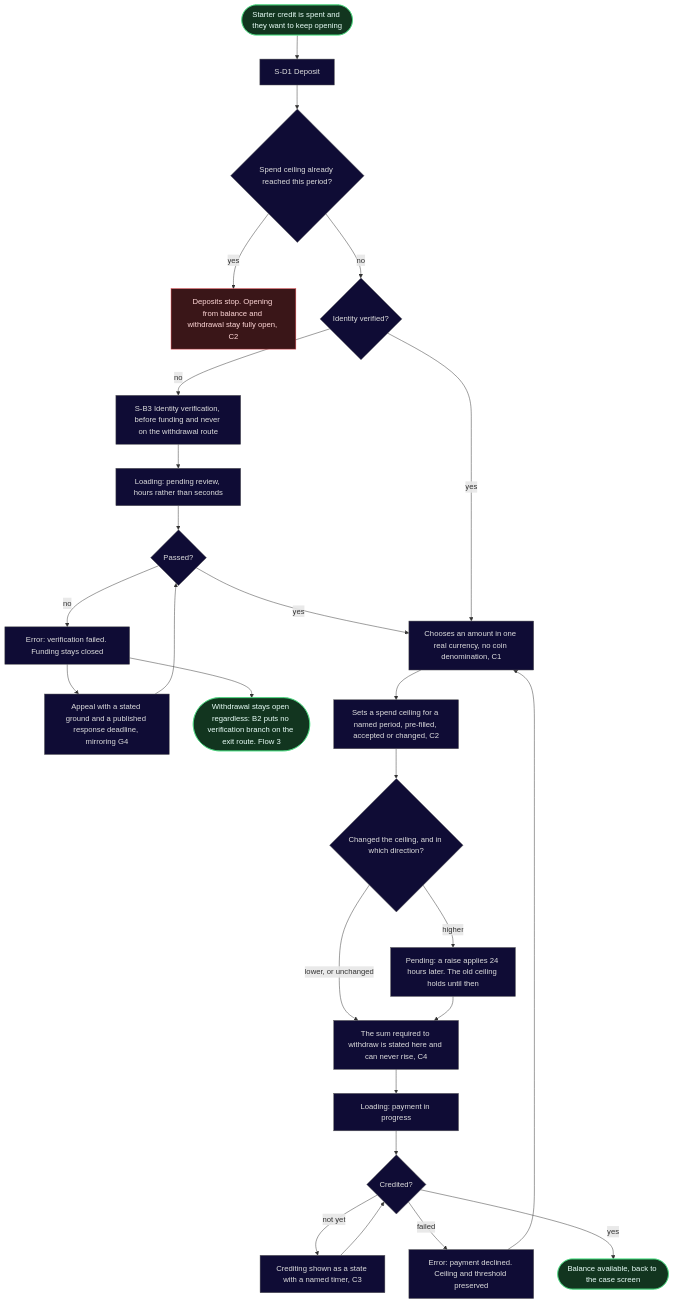
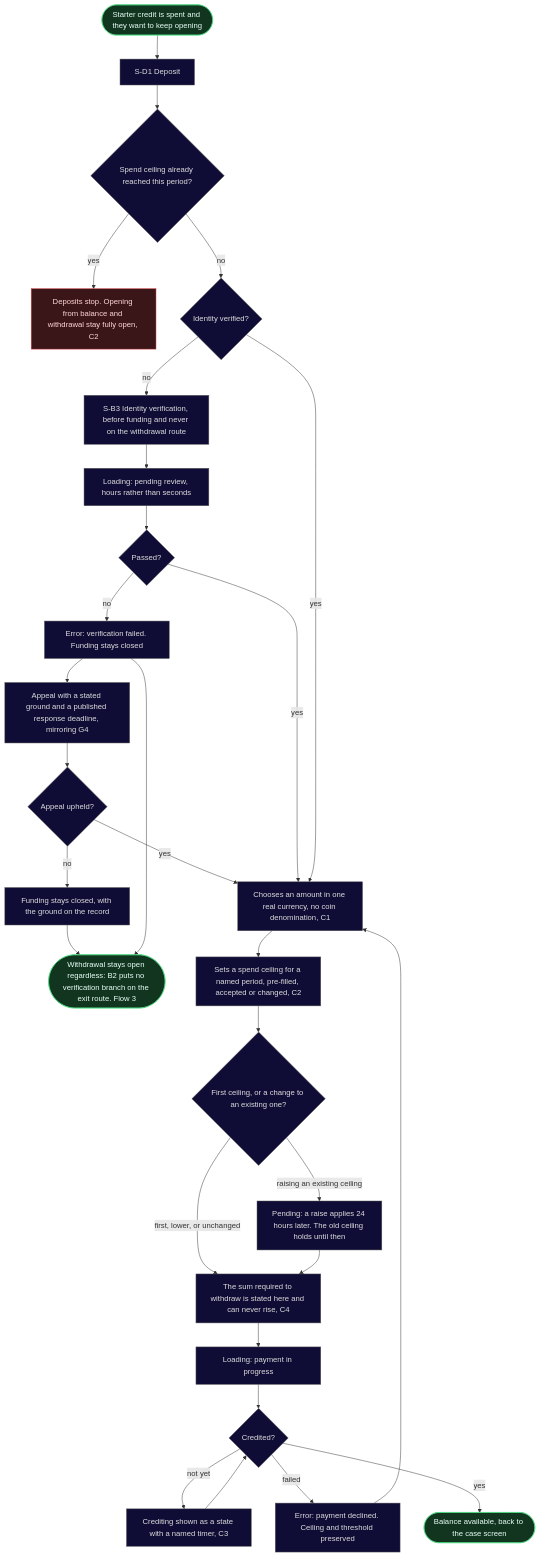
Before and after one commit to sergiodesign4u-dot/cs2-clutch: the third of 6 diagrams in ia/docs/flows.md, drawn with Mermaid. The commit also changed other lines of this file and 4 other files, not shown here.

````diff
--- a/ia/docs/flows.md
+++ b/ia/docs/flows.md
@@ -120,35 +121,38 @@
 ```mermaid
 flowchart TD
     D0(["Starter credit is spent and they want to keep opening"]) --> Dep["S-D1 Deposit"]
     Dep --> Hit{"Spend ceiling already reached this period?"}
     Hit -->|yes| Stop["Deposits stop. Opening from balance and withdrawal stay fully open, C2"]
     Hit -->|no| Ver{"Identity verified?"}
     Ver -->|no| Ident["S-B3 Identity verification, before funding and never on the withdrawal route"]
     Ident --> IdWait["Loading: pending review, hours rather than seconds"]
     IdWait --> IdOk{"Passed?"}
     IdOk -->|no| IdFail["Error: verification failed. Funding stays closed"]
     IdFail --> IdAppeal["Appeal with a stated ground and a published response deadline, mirroring G4"]
-    IdAppeal --> IdOk
+    IdAppeal --> Upheld{"Appeal upheld?"}
+    Upheld -->|yes| Amount
+    Upheld -->|no| Closed2["Funding stays closed, with the ground on the record"]
+    Closed2 --> Exit2
     IdFail --> Exit2(["Withdrawal stays open regardless: B2 puts no verification branch on the exit route. Flow 3"])
     IdOk -->|yes| Amount["Chooses an amount in one real currency, no coin denomination, C1"]
     Ver -->|yes| Amount
     Amount --> Ceiling["Sets a spend ceiling for a named period, pre-filled, accepted or changed, C2"]
-    Ceiling --> Dir{"Changed the ceiling, and in which direction?"}
-    Dir -->|"lower, or unchanged"| Threshold["The sum required to withdraw is stated here and can never rise, C4"]
-    Dir -->|higher| Pending24["Pending: a raise applies 24 hours later. The old ceiling holds until then"]
+    Ceiling --> Dir{"First ceiling, or a change to an existing one?"}
+    Dir -->|"first, lower, or unchanged"| Threshold["The sum required to withdraw is stated here and can never rise, C4"]
+    Dir -->|"raising an existing ceiling"| Pending24["Pending: a raise applies 24 hours later. The old ceiling holds until then"]
     Pending24 --> Threshold
     Threshold --> Pay["Loading: payment in progress"]
     Pay --> Credited{"Credited?"}
     Credited -->|"not yet"| Pending["Crediting shown as a state with a named timer, C3"]
     Pending --> Credited
     Credited -->|failed| PayErr["Error: payment declined. Ceiling and threshold preserved"]
     PayErr --> Amount
     Credited -->|yes| Bal(["Balance available, back to the case screen"])
 
     classDef success fill:#12351f,stroke:#4ade80,color:#eafff9;
     classDef dead fill:#3a1618,stroke:#e5484d,color:#ffd7d7;
     classDef neutral fill:#0f0c35,stroke:#5a5a5a,color:#dddddd;
     class D0,Bal,Exit2 success;
     class Stop dead;
-    class Dep,Hit,Ver,Ident,IdWait,IdOk,IdFail,IdAppeal,Amount,Ceiling,Dir,Pending24,Threshold,Pay,Credited,Pending,PayErr neutral;
+    class Dep,Hit,Ver,Ident,IdWait,IdOk,IdFail,IdAppeal,Upheld,Closed2,Amount,Ceiling,Dir,Pending24,Threshold,Pay,Credited,Pending,PayErr neutral;
 ```
````
